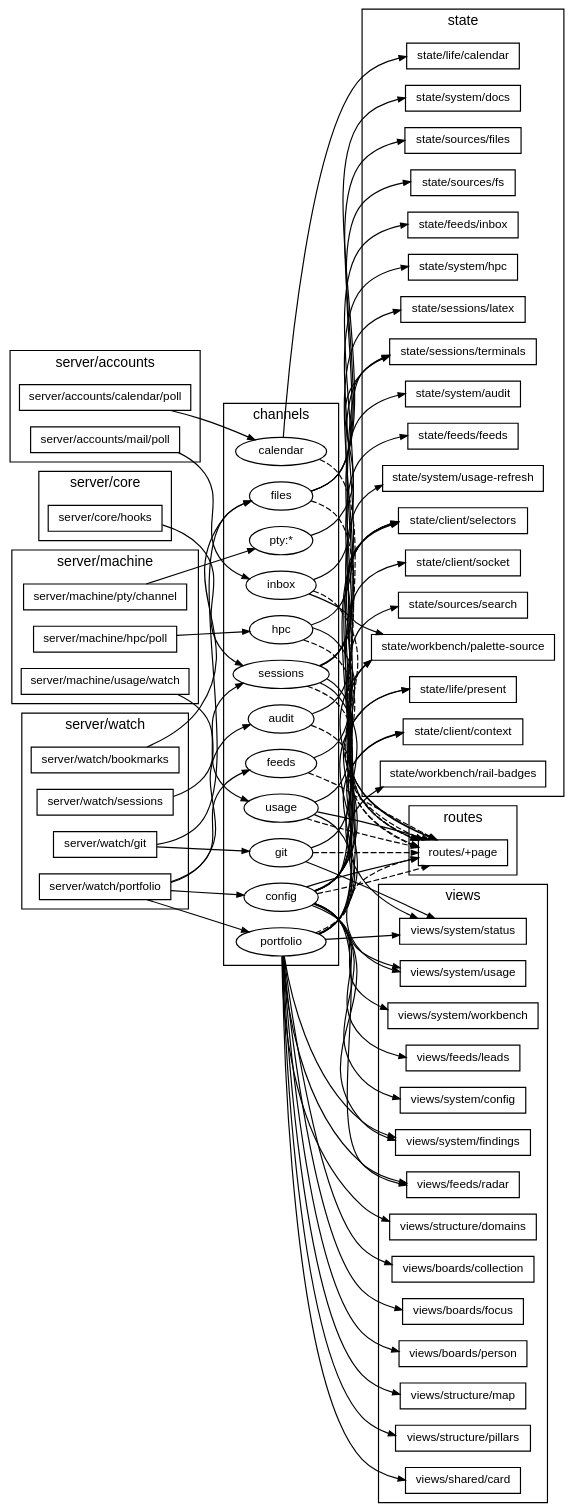
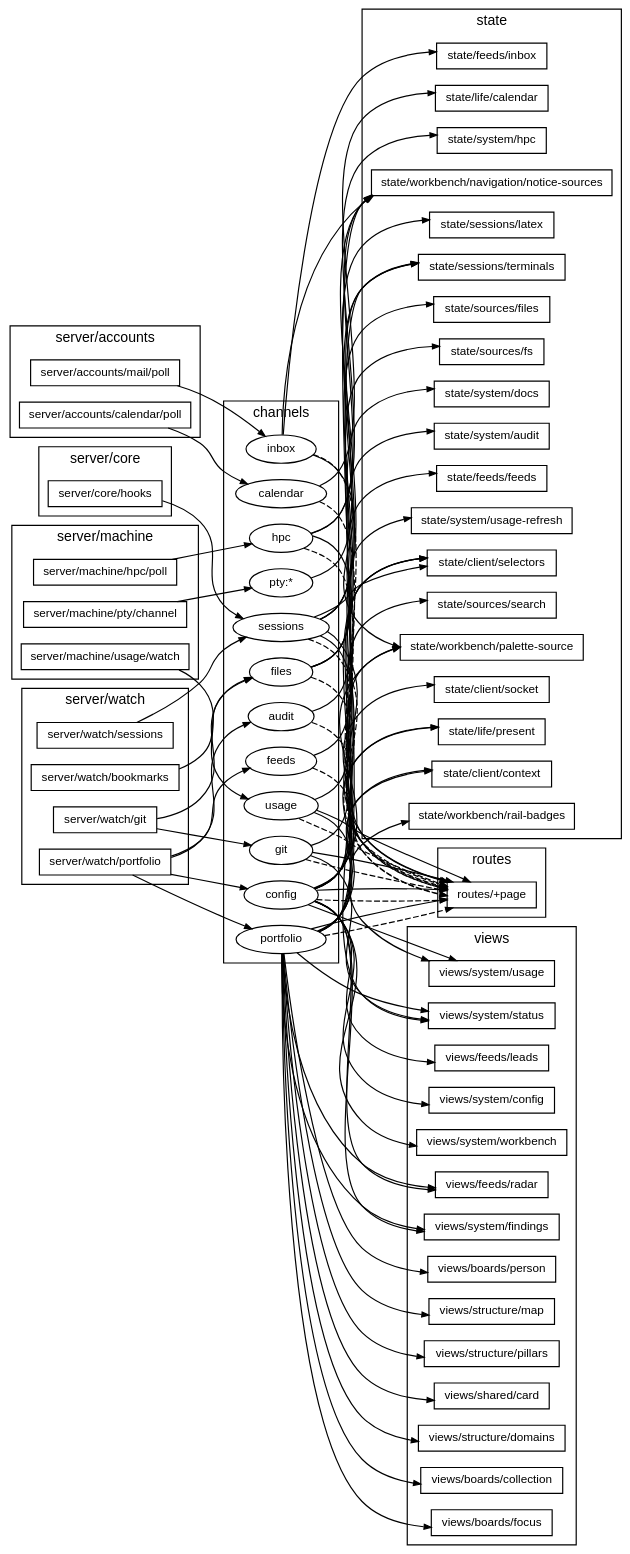
Before and after one commit to TheAxeC/oculus: the diagram in docs/diagrams/channels.dot, drawn with Graphviz. The commit also changed 89 other files, not shown here.

```diff
--- a/docs/diagrams/channels.dot
+++ b/docs/diagrams/channels.dot
@@ -1,159 +1,166 @@
 digraph channels {
     graph [bgcolor="transparent", rankdir=LR, fontname="Helvetica,Arial,sans-serif", fontsize=12, nodesep=0.2, ranksep=0.5];
     node [shape=box, color="black", fontcolor="black", fontname="Helvetica,Arial,sans-serif", fontsize=10, height=0.3, margin="0.12,0.04"];
     edge [color="black", fontcolor="black", fontname="Helvetica,Arial,sans-serif", fontsize=8, arrowsize=0.6];
     subgraph "cluster_publish server/accounts" {
         label="server/accounts"; style=solid;
         "server/accounts/calendar/poll";
         "server/accounts/mail/poll";
     }
     subgraph "cluster_publish server/core" {
         label="server/core"; style=solid;
         "server/core/hooks";
     }
     subgraph "cluster_publish server/machine" {
         label="server/machine"; style=solid;
         "server/machine/hpc/poll";
         "server/machine/pty/channel";
         "server/machine/usage/watch";
     }
     subgraph "cluster_publish server/watch" {
         label="server/watch"; style=solid;
         "server/watch/bookmarks";
         "server/watch/git";
         "server/watch/portfolio";
         "server/watch/sessions";
     }
     subgraph "cluster_channels" {
         label="channels"; style=solid;
         "ch audit" [label="audit", shape=ellipse];
         "ch calendar" [label="calendar", shape=ellipse];
         "ch config" [label="config", shape=ellipse];
         "ch feeds" [label="feeds", shape=ellipse];
         "ch files" [label="files", shape=ellipse];
         "ch git" [label="git", shape=ellipse];
         "ch hpc" [label="hpc", shape=ellipse];
         "ch inbox" [label="inbox", shape=ellipse];
         "ch portfolio" [label="portfolio", shape=ellipse];
         "ch pty:*" [label="pty:*", shape=ellipse];
         "ch sessions" [label="sessions", shape=ellipse];
         "ch usage" [label="usage", shape=ellipse];
     }
     subgraph "cluster_read state" {
         label="state"; style=solid;
         "state/client/context";
         "state/client/selectors";
         "state/client/socket";
         "state/feeds/feeds";
         "state/feeds/inbox";
         "state/life/calendar";
         "state/life/present";
         "state/sessions/latex";
         "state/sessions/terminals";
         "state/sources/files";
         "state/sources/fs";
         "state/sources/search";
         "state/system/audit";
         "state/system/docs";
         "state/system/hpc";
         "state/system/usage-refresh";
+        "state/workbench/navigation/notice-sources";
         "state/workbench/palette-source";
         "state/workbench/rail-badges";
     }
     subgraph "cluster_read views" {
         label="views"; style=solid;
         "views/boards/collection";
         "views/boards/focus";
         "views/boards/person";
         "views/feeds/leads";
         "views/feeds/radar";
         "views/shared/card";
         "views/structure/domains";
         "views/structure/map";
         "views/structure/pillars";
         "views/system/config";
         "views/system/findings";
         "views/system/status";
         "views/system/usage";
         "views/system/workbench";
     }
     subgraph "cluster_read routes" {
         label="routes"; style=solid;
         "routes/+page";
     }
     "ch audit" -> "routes/+page" [style=dashed];
     "ch audit" -> "state/system/audit";
     "ch calendar" -> "routes/+page" [style=dashed];
     "ch calendar" -> "state/life/calendar";
     "ch config" -> "routes/+page" [style=dashed];
     "ch config" -> "routes/+page";
     "ch config" -> "state/client/context";
     "ch config" -> "state/client/selectors";
     "ch config" -> "state/client/socket";
     "ch config" -> "state/life/present";
     "ch config" -> "state/sessions/terminals";
     "ch config" -> "state/sources/search";
     "ch config" -> "state/workbench/palette-source";
     "ch config" -> "views/feeds/leads";
     "ch config" -> "views/feeds/radar";
     "ch config" -> "views/system/config";
     "ch config" -> "views/system/findings";
     "ch config" -> "views/system/usage";
     "ch config" -> "views/system/workbench";
     "ch feeds" -> "routes/+page" [style=dashed];
     "ch feeds" -> "state/feeds/feeds";
     "ch files" -> "routes/+page" [style=dashed];
     "ch files" -> "state/sources/files";
     "ch files" -> "state/sources/fs";
     "ch files" -> "state/system/docs";
     "ch git" -> "routes/+page" [style=dashed];
+    "ch git" -> "routes/+page";
     "ch git" -> "state/client/selectors";
     "ch git" -> "views/system/status";
     "ch hpc" -> "routes/+page" [style=dashed];
     "ch hpc" -> "routes/+page";
     "ch hpc" -> "state/system/hpc";
+    "ch hpc" -> "state/workbench/navigation/notice-sources";
     "ch inbox" -> "routes/+page" [style=dashed];
     "ch inbox" -> "state/feeds/inbox";
+    "ch inbox" -> "state/workbench/navigation/notice-sources";
     "ch inbox" -> "state/workbench/palette-source";
     "ch portfolio" -> "routes/+page" [style=dashed];
+    "ch portfolio" -> "routes/+page";
     "ch portfolio" -> "state/client/context";
     "ch portfolio" -> "state/client/selectors";
     "ch portfolio" -> "state/life/present";
+    "ch portfolio" -> "state/workbench/navigation/notice-sources";
     "ch portfolio" -> "state/workbench/palette-source";
     "ch portfolio" -> "state/workbench/rail-badges";
     "ch portfolio" -> "views/boards/collection";
     "ch portfolio" -> "views/boards/focus";
     "ch portfolio" -> "views/boards/person";
     "ch portfolio" -> "views/feeds/radar";
     "ch portfolio" -> "views/shared/card";
     "ch portfolio" -> "views/structure/domains";
     "ch portfolio" -> "views/structure/map";
     "ch portfolio" -> "views/structure/pillars";
     "ch portfolio" -> "views/system/findings";
     "ch portfolio" -> "views/system/status";
     "ch pty:*" -> "state/sessions/terminals";
     "ch sessions" -> "routes/+page" [style=dashed];
     "ch sessions" -> "routes/+page";
     "ch sessions" -> "state/client/selectors";
     "ch sessions" -> "state/sessions/latex";
     "ch sessions" -> "state/sessions/terminals";
+    "ch sessions" -> "state/workbench/navigation/notice-sources";
     "ch sessions" -> "views/system/status";
     "ch usage" -> "routes/+page" [style=dashed];
     "ch usage" -> "routes/+page";
     "ch usage" -> "state/system/usage-refresh";
     "ch usage" -> "views/system/usage";
     "server/accounts/calendar/poll" -> "ch calendar";
     "server/accounts/mail/poll" -> "ch inbox";
     "server/core/hooks" -> "ch sessions";
     "server/machine/hpc/poll" -> "ch hpc";
     "server/machine/pty/channel" -> "ch pty:*";
     "server/machine/usage/watch" -> "ch usage";
     "server/watch/bookmarks" -> "ch files";
     "server/watch/git" -> "ch files";
     "server/watch/git" -> "ch git";
     "server/watch/portfolio" -> "ch audit";
     "server/watch/portfolio" -> "ch config";
     "server/watch/portfolio" -> "ch feeds";
     "server/watch/portfolio" -> "ch portfolio";
     "server/watch/sessions" -> "ch sessions";
 }
```
